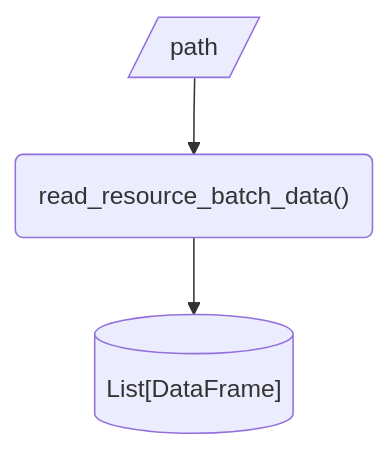
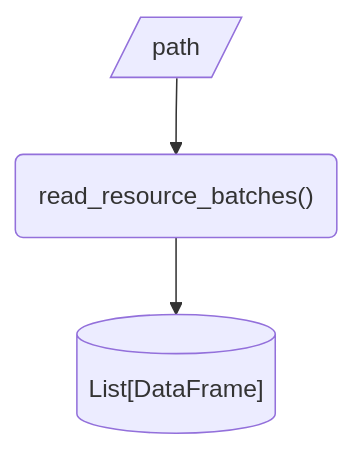
Before and after one commit to seedcase-project/seedcase-sprout: the sixth of 10 diagrams in docs/design/interface/functions.qmd, drawn with Mermaid. The commit also changed other lines of this file, not shown here.

Commit message:
docs: :pencil2: small typo

````diff
--- a/docs/design/interface/functions.qmd
+++ b/docs/design/interface/functions.qmd
@@ -156,8 +156,8 @@
 ```{mermaid}
 flowchart
     in_path[/path/]
-    function("read_resource_batch_data()")
+    function("read_resource_batches()")
     out[("List[DataFrame]")]
     in_path --> function
     function --> out
 ```
````
